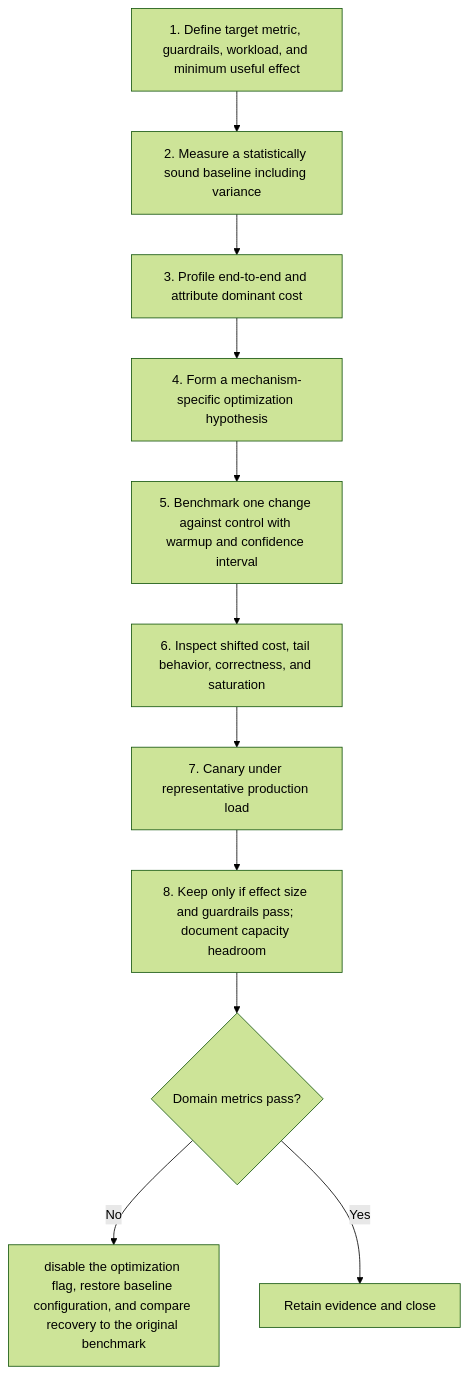
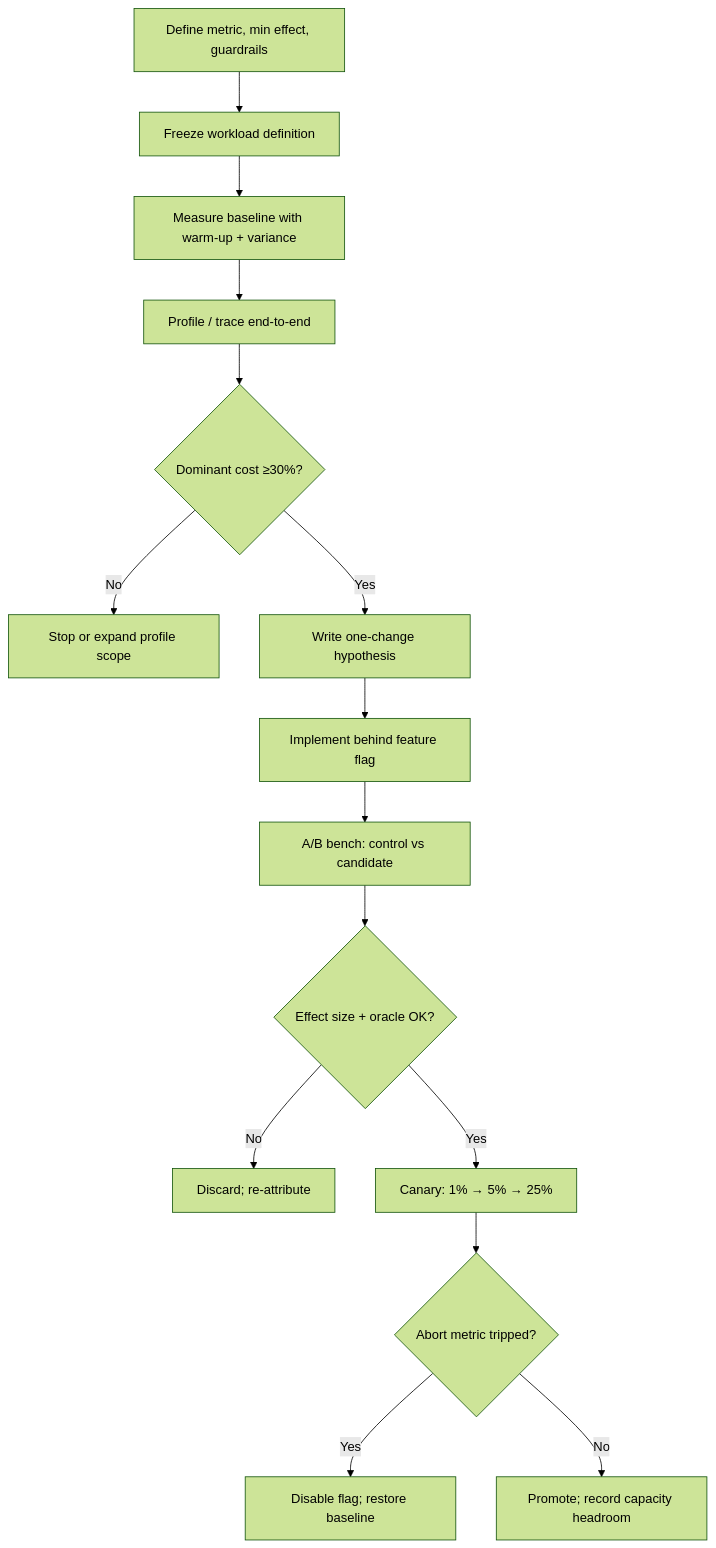
Before and after one commit to grvmithas/open-ai-engineering-standards: the diagram in content/patterns/optimization-pattern/workflow.md, drawn with Mermaid (forest theme). The commit also changed other lines of this file and 494 other files, not shown here.

````diff
--- a/content/patterns/optimization-pattern/workflow.md
+++ b/content/patterns/optimization-pattern/workflow.md
@@ -9,14 +11,17 @@
 ```mermaid
 flowchart TD
-  S1[1. Define target metric, guardrails, workload, and minimum useful effect] --> S2
-  S2[2. Measure a statistically sound baseline including variance] --> S3
-  S3[3. Profile end-to-end and attribute dominant cost] --> S4
-  S4[4. Form a mechanism-specific optimization hypothesis] --> S5
-  S5[5. Benchmark one change against control with warmup and confidence interval] --> S6
-  S6[6. Inspect shifted cost, tail behavior, correctness, and saturation] --> S7
-  S7[7. Canary under representative production load] --> S8
-  S8[8. Keep only if effect size and guardrails pass; document capacity headroom]
-  S8 --> V{Domain metrics pass?}
-  V -->|No| R[disable the optimization flag, restore baseline configuration, and compare recovery to the original benchmark]
-  V -->|Yes| C[Retain evidence and close]
+    A[Define metric, min effect, guardrails] --> B[Freeze workload definition]
+    B --> C[Measure baseline with warm-up + variance]
+    C --> D[Profile / trace end-to-end]
+    D --> E{Dominant cost ≥30%?}
+    E -->|No| F[Stop or expand profile scope]
+    E -->|Yes| G[Write one-change hypothesis]
+    G --> H[Implement behind feature flag]
+    H --> I[A/B bench: control vs candidate]
+    I --> J{Effect size + oracle OK?}
+    J -->|No| K[Discard; re-attribute]
+    J -->|Yes| L[Canary: 1% → 5% → 25%]
+    L --> M{Abort metric tripped?}
+    M -->|Yes| N[Disable flag; restore baseline]
+    M -->|No| O[Promote; record capacity headroom]
 ```
````
